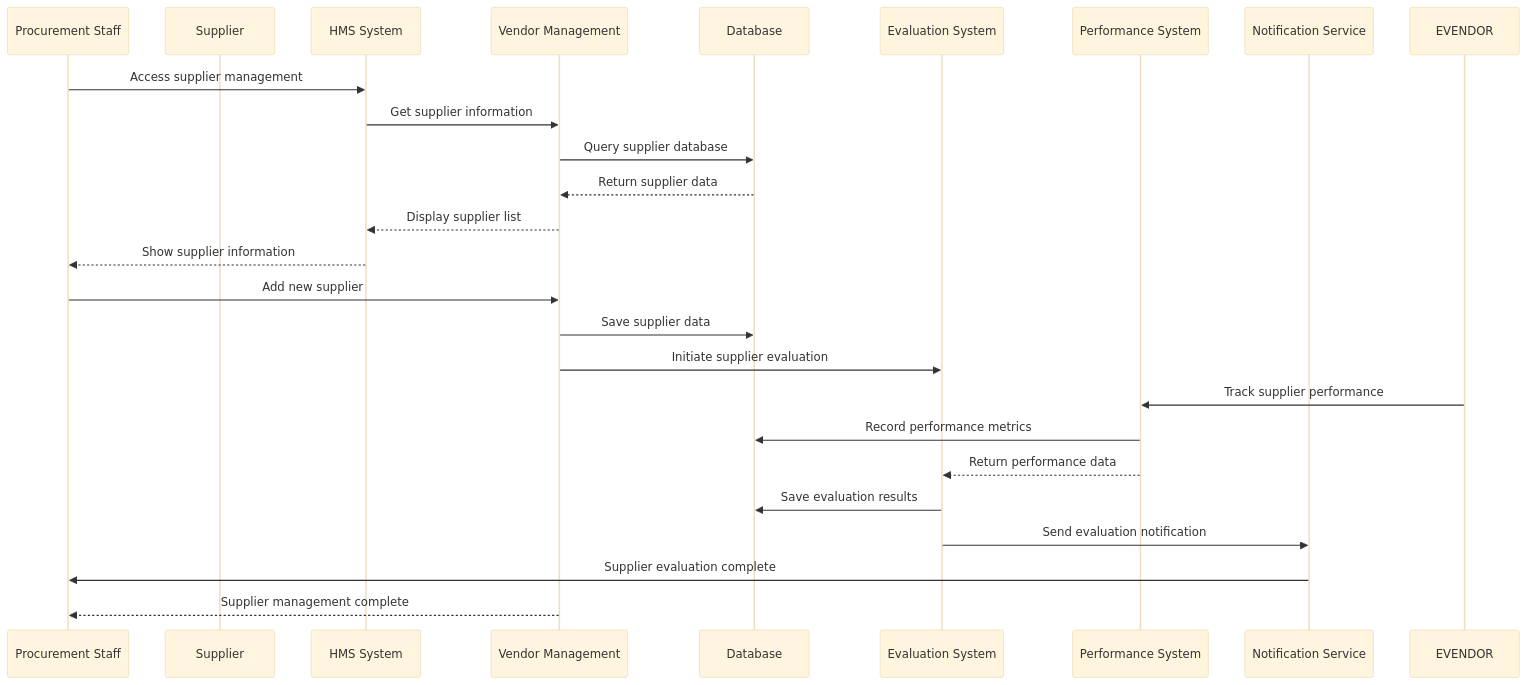
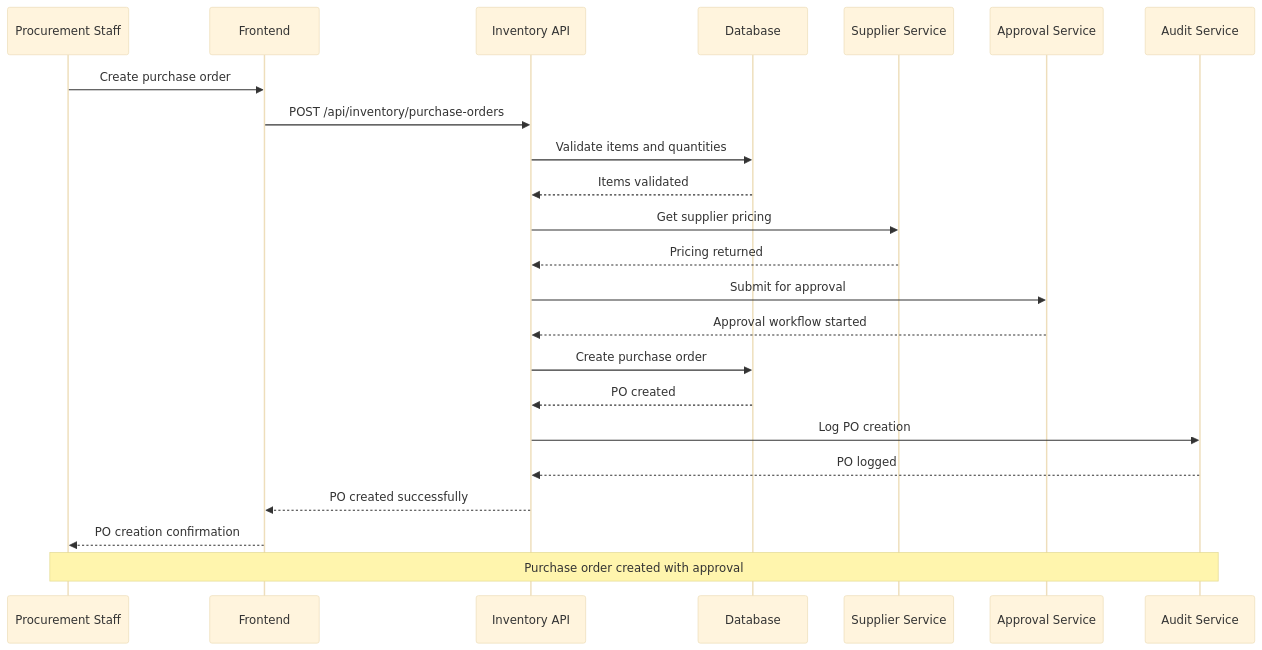
One commit to harcop/limises changed the sixth of 10 diagrams in sequence-diagrams/inventory-management-sequence.md. Above: the diagram before and after it, drawn with Mermaid (base theme). The commit also changed other lines of this file and 6 other files, not shown here.

````diff
--- a/sequence-diagrams/inventory-management-sequence.md
+++ b/sequence-diagrams/inventory-management-sequence.md
@@ -218,28 +168,33 @@
 ```mermaid
 sequenceDiagram
-    participant STAFF as Procurement Staff
-    participant SUPPLIER as Supplier
-    participant HMS as HMS System
-    participant VENDOR as Vendor Management
+    participant Staff as Procurement Staff
+    participant Frontend as Frontend
+    participant API as Inventory API
     participant DB as Database
-    participant EVALUATION as Evaluation System
-    participant PERFORMANCE as Performance System
-    participant NOT as Notification Service
+    participant Supplier as Supplier Service
+    participant Approval as Approval Service
+    participant Audit as Audit Service
 
-    STAFF->>HMS: Access supplier management
-    HMS->>VENDOR: Get supplier information
-    VENDOR->>DB: Query supplier database
-    DB-->>VENDOR: Return supplier data
-    VENDOR-->>HMS: Display supplier list
-    HMS-->>STAFF: Show supplier information
-    STAFF->>VENDOR: Add new supplier
-    VENDOR->>DB: Save supplier data
-    VENDOR->>EVALUATION: Initiate supplier evaluation
-    EVENDOR->>PERFORMANCE: Track supplier performance
-    PERFORMANCE->>DB: Record performance metrics
-    PERFORMANCE-->>EVALUATION: Return performance data
-    EVALUATION->>DB: Save evaluation results
-    EVALUATION->>NOT: Send evaluation notification
-    NOT->>STAFF: Supplier evaluation complete
-    VENDOR-->>STAFF: Supplier management complete
+    Staff->>Frontend: Create purchase order
+    Frontend->>API: POST /api/inventory/purchase-orders
+    
+    API->>DB: Validate items and quantities
+    DB-->>API: Items validated
+    
+    API->>Supplier: Get supplier pricing
+    Supplier-->>API: Pricing returned
+    
+    API->>Approval: Submit for approval
+    Approval-->>API: Approval workflow started
+    
+    API->>DB: Create purchase order
+    DB-->>API: PO created
+    
+    API->>Audit: Log PO creation
+    Audit-->>API: PO logged
+    
+    API-->>Frontend: PO created successfully
+    Frontend-->>Staff: PO creation confirmation
+    
+    Note over Staff, Audit: Purchase order created with approval
 ```
````
